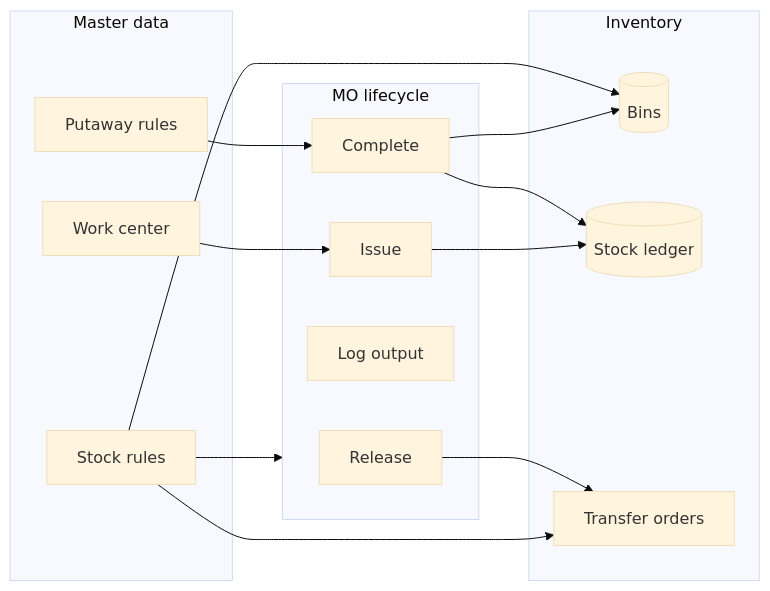
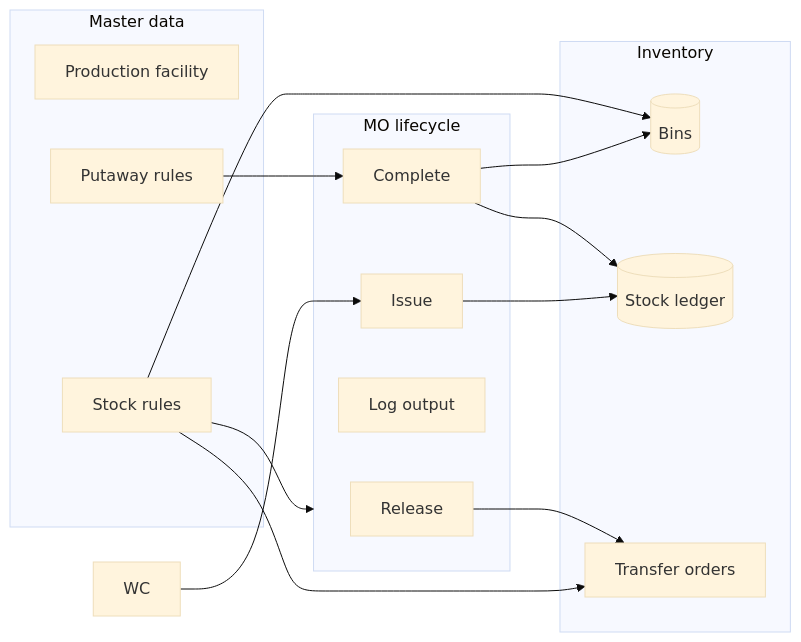
The first of 2 diagrams in docs/manufacturing-inventory-storage.md (anvendesing/pvsresponse), drawn with Mermaid (base theme) before and after one commit. The commit also changed other lines of this file and 78 other files, not shown here.

````diff
--- a/docs/manufacturing-inventory-storage.md
+++ b/docs/manufacturing-inventory-storage.md
@@ -20,28 +20,28 @@
 ```mermaid
 flowchart LR
   subgraph config [Master data]
-    WC[Work center]
+    FAC[Production facility]
     PR[Putaway rules]
     SR[Stock rules]
   end
   subgraph mo [MO lifecycle]
     R[Release]
     I[Issue]
     L[Log output]
     C[Complete]
   end
   subgraph inv [Inventory]
     Bins[(Bins)]
     Ledger[(Stock ledger)]
     TO[Transfer orders]
   end
   WC --> I
   PR --> C
   SR --> Bins
   R --> TO
   C --> Bins
   C --> Ledger
   I --> Ledger
   SR --> mo
   SR --> TO
 ```
````
